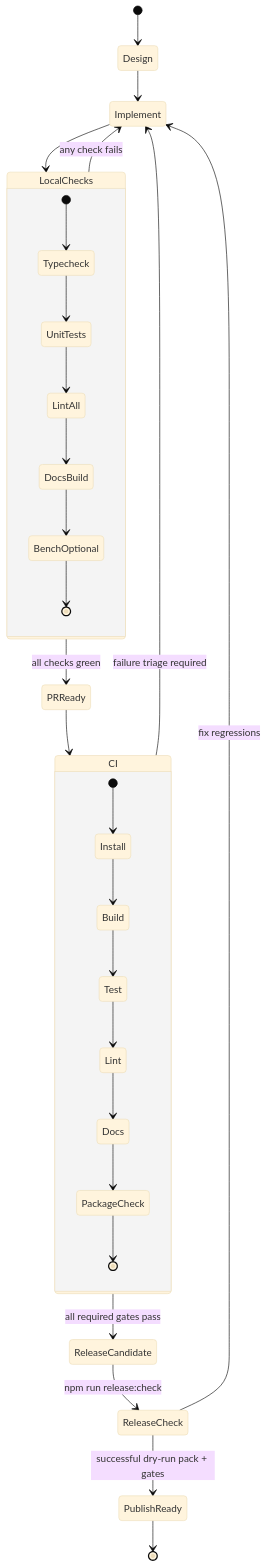
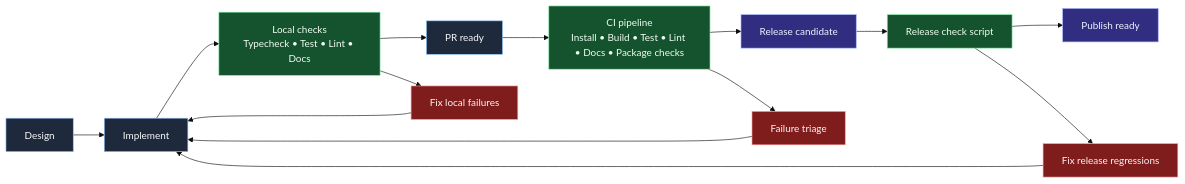
The diagram in docs/docusaurus/site-docs/developer/charts/quality-gates-and-release-flow.md (Nick2bad4u/eslint-plugin-typefest), drawn with Mermaid (base theme) before and after one commit. The commit also changed other lines of this file and 11 other files, not shown here.

First line of the commit message:
📝 [docs] Update developer documentation and charts

````diff
--- a/docs/docusaurus/site-docs/developer/charts/quality-gates-and-release-flow.md
+++ b/docs/docusaurus/site-docs/developer/charts/quality-gates-and-release-flow.md
@@ -11,39 +11,28 @@
 ```mermaid
-stateDiagram-v2
-    [*] --> Design
-    Design --> Implement
-    Implement --> LocalChecks
+flowchart LR
+    classDef stage fill:#1e293b,stroke:#93c5fd,color:#f8fafc,stroke-width:1px
+    classDef quality fill:#14532d,stroke:#86efac,color:#f0fdf4,stroke-width:1px
+    classDef release fill:#312e81,stroke:#a5b4fc,color:#eef2ff,stroke-width:1px
+    classDef failure fill:#7f1d1d,stroke:#fca5a5,color:#fef2f2,stroke-width:1px
 
-    state LocalChecks {
-      [*] --> Typecheck
-      Typecheck --> UnitTests
-      UnitTests --> LintAll
-      LintAll --> DocsBuild
-      DocsBuild --> BenchOptional
-      BenchOptional --> [*]
-    }
+    Design[Design] --> Implement[Implement]
+    Implement --> LocalChecks[Local checks\nTypecheck • Test • Lint • Docs]
+    LocalChecks --> PRReady[PR ready]
+    LocalChecks --> Rework[Fix local failures]
+    Rework --> Implement
 
-    LocalChecks --> PRReady: all checks green
-    LocalChecks --> Implement: any check fails
+    PRReady --> CI[CI pipeline\nInstall • Build • Test • Lint • Docs • Package checks]
+    CI --> ReleaseCandidate[Release candidate]
+    CI --> Triage[Failure triage]
+    Triage --> Implement
 
-    PRReady --> CI
+    ReleaseCandidate --> ReleaseCheck[Release check script]
+    ReleaseCheck --> PublishReady[Publish ready]
+    ReleaseCheck --> RegressionFix[Fix release regressions]
+    RegressionFix --> Implement
 
-    state CI {
-      [*] --> Install
-      Install --> Build
-      Build --> Test
-      Test --> Lint
-      Lint --> Docs
-      Docs --> PackageCheck
-      PackageCheck --> [*]
-    }
-
-    CI --> ReleaseCandidate: all required gates pass
-    CI --> Implement: failure triage required
-
-    ReleaseCandidate --> ReleaseCheck: npm run release:check
-    ReleaseCheck --> PublishReady: successful dry-run pack + gates
-    ReleaseCheck --> Implement: fix regressions
-
-    PublishReady --> [*]
+    class Design,Implement,PRReady stage
+    class LocalChecks,CI,ReleaseCheck quality
+    class ReleaseCandidate,PublishReady release
+    class Rework,Triage,RegressionFix failure
 ```
````
